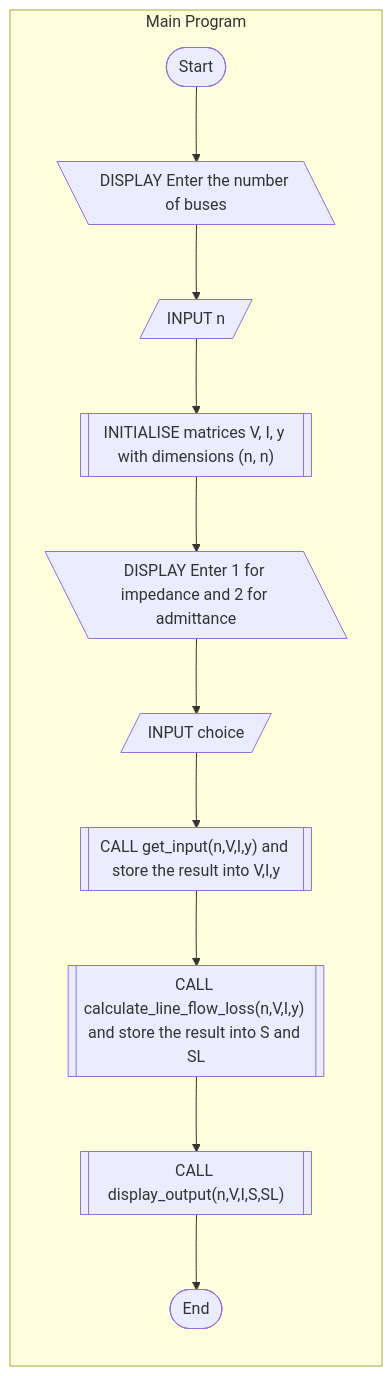
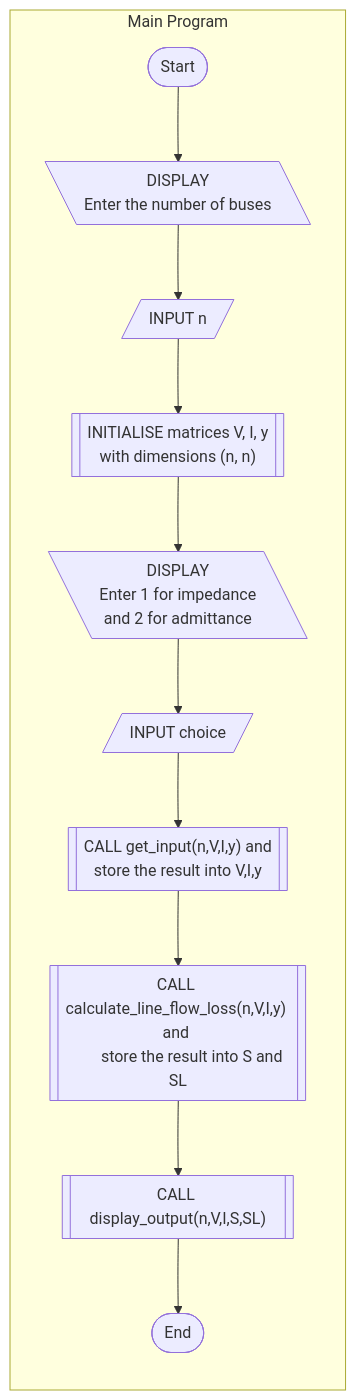
Before and after one commit to Sree2011/flowcharts-load-flow-analysis: the second of 4 diagrams in line-flows-and-losses.md, drawn with Mermaid.

```diff
--- a/line-flows-and-losses.md
+++ b/line-flows-and-losses.md
@@ -57,16 +57,22 @@
 <pre class="mermaid">
 graph LR
     subgraph "Main Program"
         direction TB
         A([Start])
-        A --> B["DISPLAY Enter the number of buses"]@{shape: lean-left}
+        A --> B["DISPLAY 
+        Enter the number of buses"]@{shape: lean-left}
         B --> C[INPUT n]@{shape: lean-right}
-        C --> D[["INITIALISE matrices V, I, y with dimensions (n, n)"]]
-        D --> E["DISPLAY Enter 1 for impedance and 2 for admittance"]@{shape: lean-left}
+        C --> D[["INITIALISE matrices V, I, y 
+        with dimensions (n, n)"]]
+        D --> E["DISPLAY 
+        Enter 1 for impedance 
+        and 2 for admittance"]@{shape: lean-left}
         E --> F[INPUT choice]@{shape: lean-right}
-        F --> G[["CALL get_input(n,V,I,y) and store the result into V,I,y"]]
-        G --> H[["CALL calculate_line_flow_loss(n,V,I,y) and store the result into S and SL"]]
+        F --> G[["CALL get_input(n,V,I,y) and 
+        store the result into V,I,y"]]
+        G --> H[["CALL calculate_line_flow_loss(n,V,I,y) and 
+        store the result into S and SL"]]
         H --> I[["CALL display_output(n,V,I,S,SL)"]]
         I --> J([End])
     end
 </pre>
```
